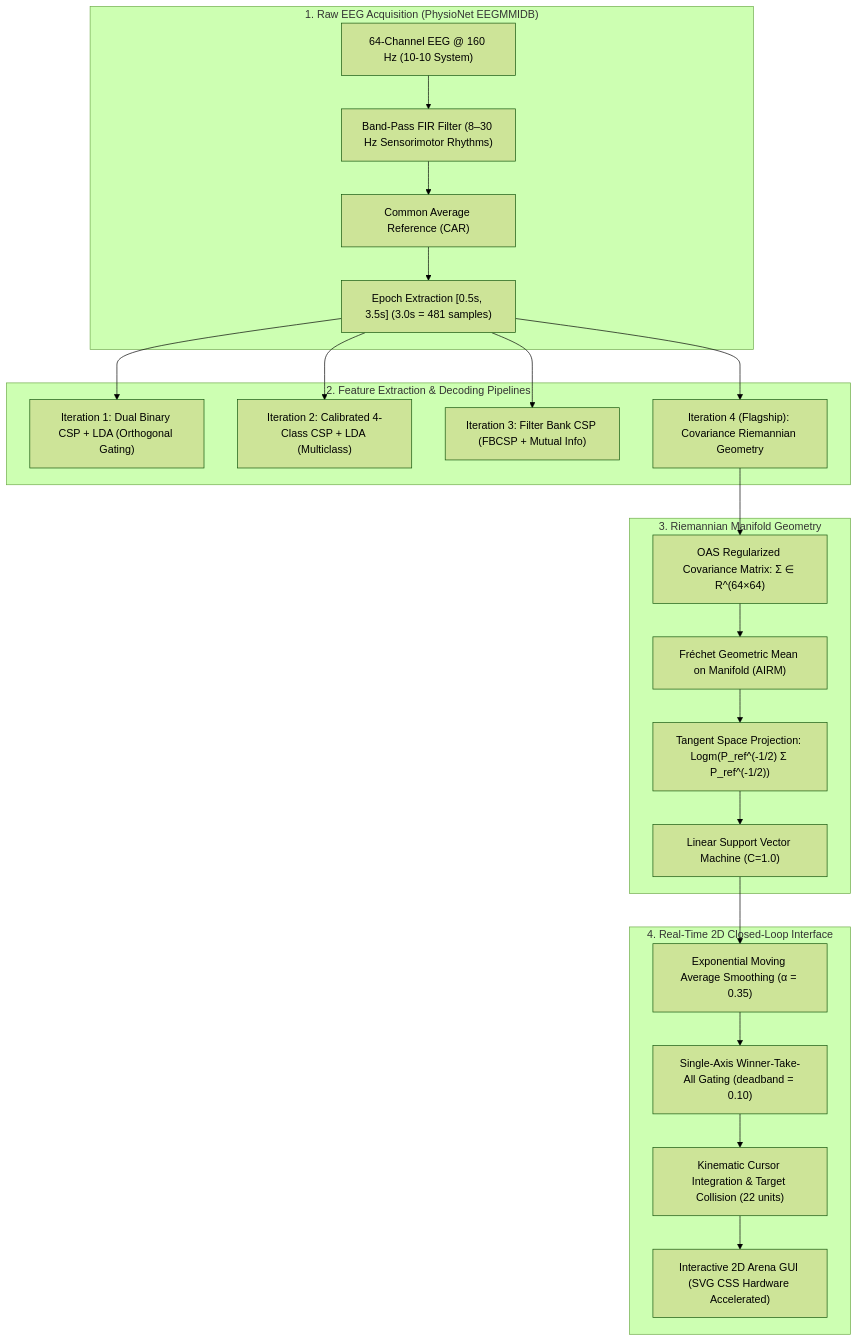
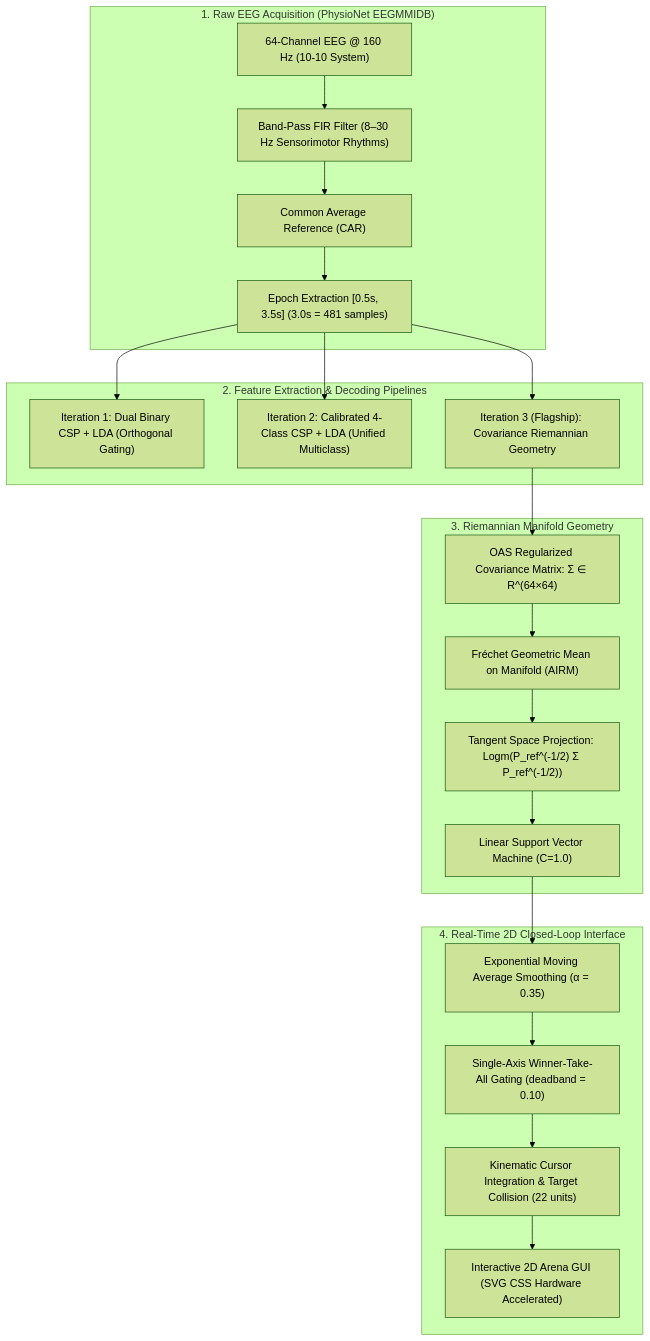
The diagram in README.md (adityaraj868/neuro_interface), drawn with Mermaid (forest theme) before and after one commit. The commit also changed other lines of this file and 3 other files, not shown here.

Commit message:
docs(models): streamline architecture evolution to 3 core models (Dual Binary, Multiclass CSP, Flagship Riemannian)

````diff
--- a/README.md
+++ b/README.md
@@ -19,31 +19,30 @@
 ```mermaid
 flowchart TD
     subgraph S1["1. Raw EEG Acquisition (PhysioNet EEGMMIDB)"]
         A["64-Channel EEG @ 160 Hz (10-10 System)"]
         B["Band-Pass FIR Filter (8–30 Hz Sensorimotor Rhythms)"]
         C["Common Average Reference (CAR)"]
         D["Epoch Extraction [0.5s, 3.5s] (3.0s = 481 samples)"]
         A --> B --> C --> D
     end
 
     subgraph S2["2. Feature Extraction & Decoding Pipelines"]
         D --> M1["Iteration 1: Dual Binary CSP + LDA (Orthogonal Gating)"]
-        D --> M2["Iteration 2: Calibrated 4-Class CSP + LDA (Multiclass)"]
-        D --> M3["Iteration 3: Filter Bank CSP (FBCSP + Mutual Info)"]
-        D --> M4["Iteration 4 (Flagship): Covariance Riemannian Geometry"]
+        D --> M2["Iteration 2: Calibrated 4-Class CSP + LDA (Unified Multiclass)"]
+        D --> M3["Iteration 3 (Flagship): Covariance Riemannian Geometry"]
     end
 
     subgraph S3["3. Riemannian Manifold Geometry"]
-        M4 --> R1["OAS Regularized Covariance Matrix: Σ ∈ R^(64×64)"]
+        M3 --> R1["OAS Regularized Covariance Matrix: Σ ∈ R^(64×64)"]
         R1 --> R2["Fréchet Geometric Mean on Manifold (AIRM)"]
         R2 --> R3["Tangent Space Projection: Logm(P_ref^(-1/2) Σ P_ref^(-1/2))"]
         R3 --> R4["Linear Support Vector Machine (C=1.0)"]
     end
 
     subgraph S4["4. Real-Time 2D Closed-Loop Interface"]
         R4 --> E1["Exponential Moving Average Smoothing (α = 0.35)"]
         E1 --> E2["Single-Axis Winner-Take-All Gating (deadband = 0.10)"]
         E2 --> E3["Kinematic Cursor Integration & Target Collision (22 units)"]
         E3 --> E4["Interactive 2D Arena GUI (SVG CSS Hardware Accelerated)"]
     end
 ```
````
